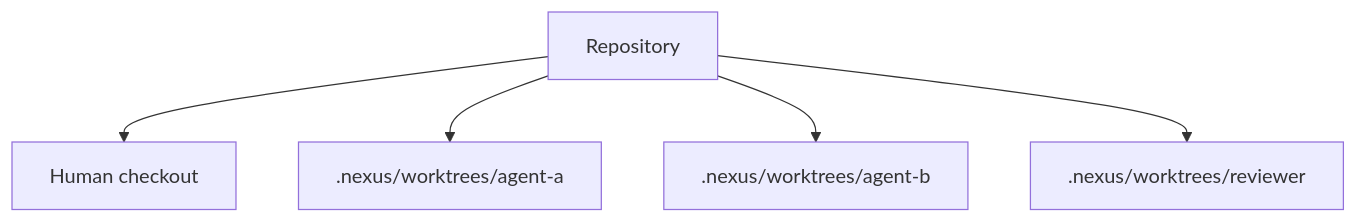
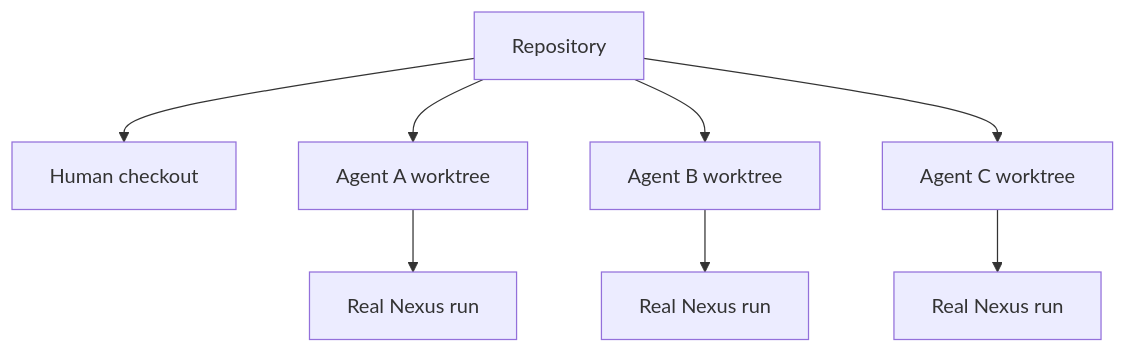
One commit to timothynn/Nexus changed the second of 3 diagrams in README.md. Above: the diagram before and after it, drawn with Mermaid. The commit also changed other lines of this file, not shown here.

````diff
--- a/README.md
+++ b/README.md
@@ -170,7 +157,11 @@
 ```mermaid
 flowchart TD
     R[Repository] --> H[Human checkout]
-    R --> A[.nexus/worktrees/agent-a]
-    R --> B[.nexus/worktrees/agent-b]
-    R --> V[.nexus/worktrees/reviewer]
+    R --> A[Agent A worktree]
+    R --> B[Agent B worktree]
+    R --> C[Agent C worktree]
+
+    A --> RA[Real Nexus run]
+    B --> RB[Real Nexus run]
+    C --> RC[Real Nexus run]
 ```
````
